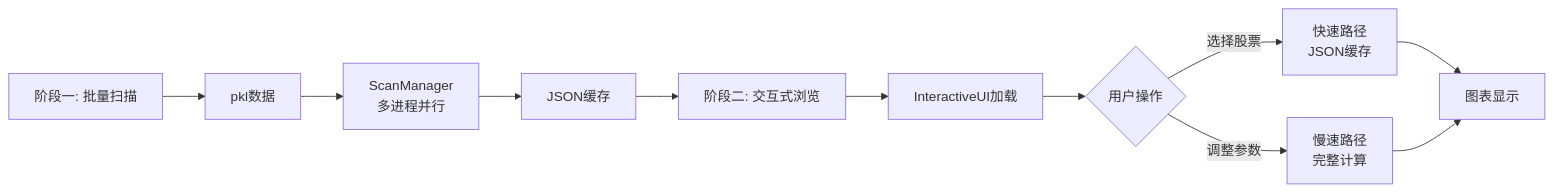
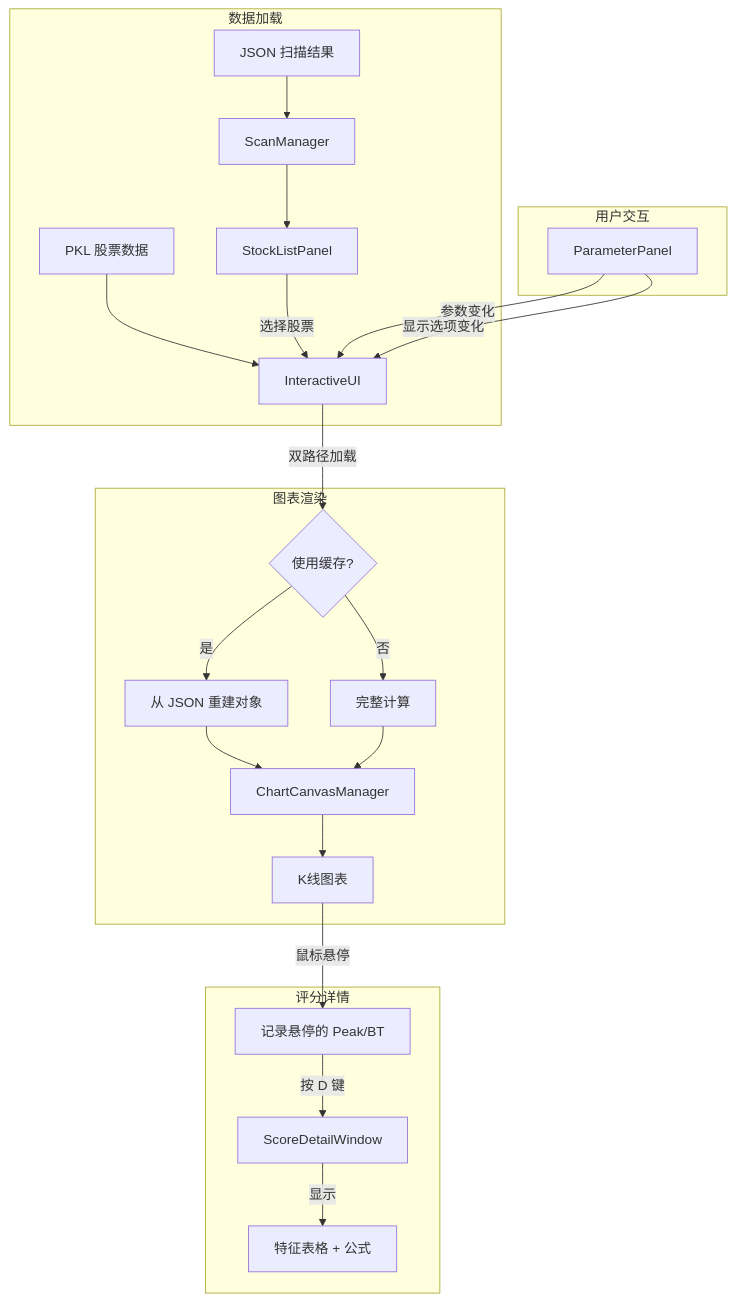
The diagram in docs/modules/specs/12_交互式UI_IMPL.md (ufgtb24/Trade_Strategy), drawn with Mermaid before and after one commit. The commit also changed other lines of this file and 27 other files, not shown here.

````diff
--- a/docs/modules/specs/12_交互式UI_IMPL.md
+++ b/docs/modules/specs/12_交互式UI_IMPL.md
@@ -72,14 +55,29 @@
 ```mermaid
-graph LR
-    A[阶段一: 批量扫描] --> B[pkl数据]
-    B --> C[ScanManager<br/>多进程并行]
-    C --> D[JSON缓存]
+flowchart TD
+    subgraph 数据加载
+        JSON[JSON 扫描结果] --> ScanMgr[ScanManager]
+        ScanMgr --> StockList[StockListPanel]
+        PKL[PKL 股票数据] --> Main[InteractiveUI]
+    end
 
-    D --> E[阶段二: 交互式浏览]
-    E --> F[InteractiveUI加载]
-    F --> G{用户操作}
-    G -->|选择股票| H[快速路径<br/>JSON缓存]
-    G -->|调整参数| I[慢速路径<br/>完整计算]
-    H --> J[图表显示]
-    I --> J
+    subgraph 用户交互
+        StockList -->|选择股票| Main
+        ParamPanel[ParameterPanel] -->|参数变化| Main
+        ParamPanel -->|显示选项变化| Main
+    end
+
+    subgraph 图表渲染
+        Main -->|双路径加载| Decision{使用缓存?}
+        Decision -->|是| JSONCache[从 JSON 重建对象]
+        Decision -->|否| FullComp[完整计算]
+        JSONCache --> ChartMgr[ChartCanvasManager]
+        FullComp --> ChartMgr
+        ChartMgr --> Canvas[K线图表]
+    end
+
+    subgraph 评分详情
+        Canvas -->|鼠标悬停| HoverState[记录悬停的 Peak/BT]
+        HoverState -->|按 D 键| ScoreWindow[ScoreDetailWindow]
+        ScoreWindow -->|显示| DetailTable[特征表格 + 公式]
+    end
 ```
````
